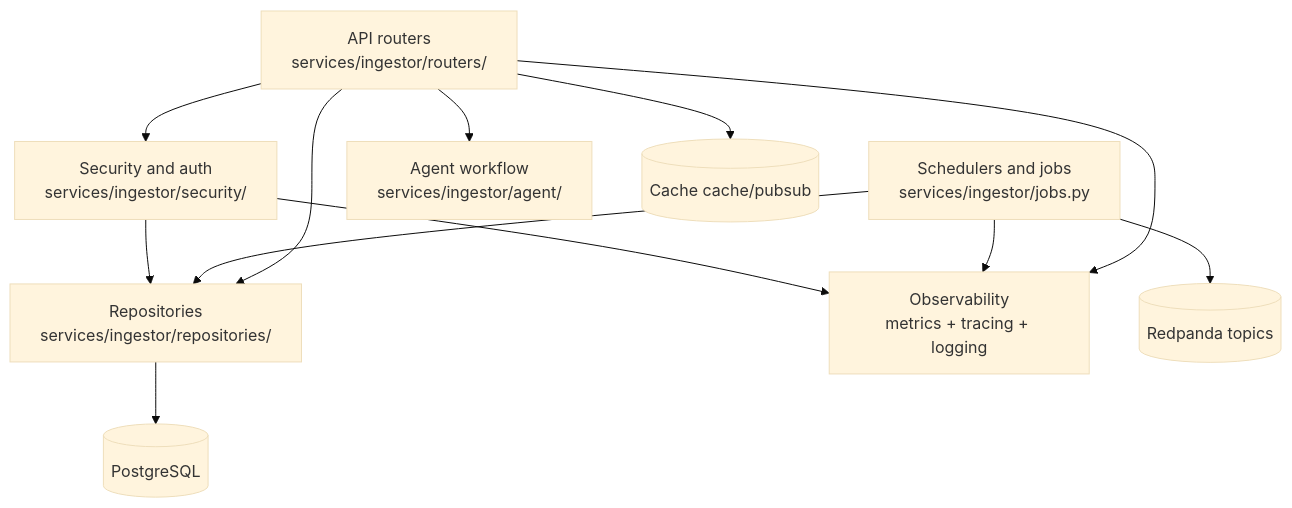
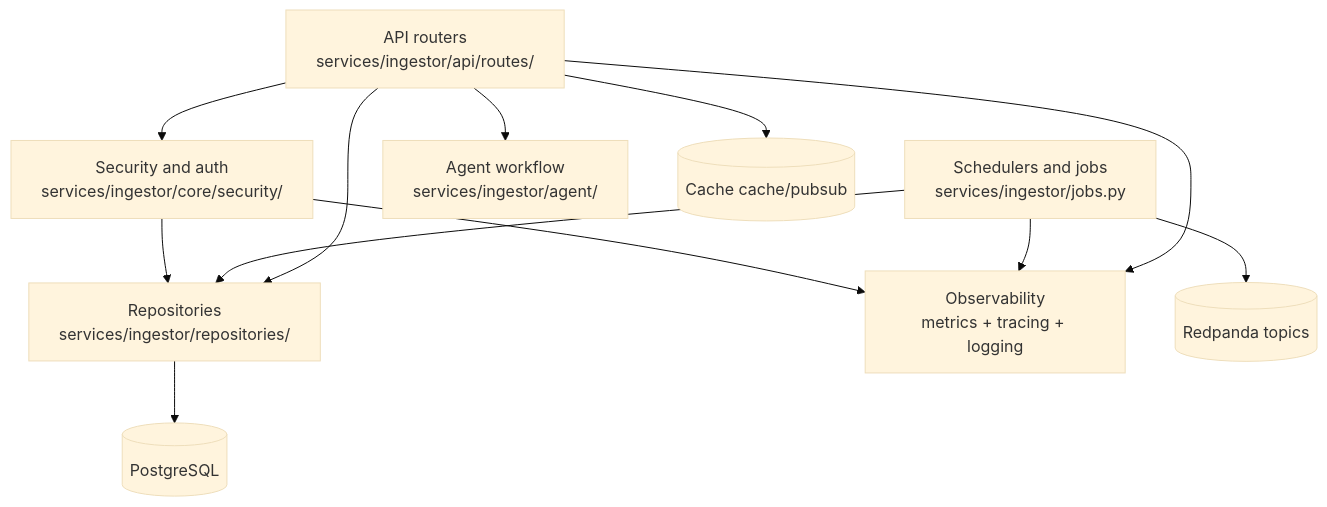
Before and after one commit to ivanprytula/api-observatory: the eighth of 8 diagrams in docs/_archive/02-architecture/architecture.md, drawn with Mermaid (base theme). The commit also changed other lines of this file and 40 other files, not shown here.

First line of the commit message:
refactor(ingestor): move routers/ into api/routes/

````diff
--- a/docs/_archive/02-architecture/architecture.md
+++ b/docs/_archive/02-architecture/architecture.md
@@ -1349,20 +1349,20 @@
 ```mermaid
 flowchart TB
-    Router["API routers\nservices/ingestor/routers/"]
-    Security["Security and auth\nservices/ingestor/security/"]
+    Router["API routers\nservices/ingestor/api/routes/"]
+    Security["Security and auth\nservices/ingestor/core/security/"]
     Jobs["Schedulers and jobs\nservices/ingestor/jobs.py"]
     Repos["Repositories\nservices/ingestor/repositories/"]
     Obs["Observability\nmetrics + tracing + logging"]
     Agent["Agent workflow\nservices/ingestor/agent/"]
     Router --> Security
     Router --> Repos
     Router --> Agent
     Jobs --> Repos
     Security --> Repos
     Repos --> DB[("PostgreSQL")]
     Router --> Cache[("Cache cache/pubsub")]
     Jobs --> Bus[("Redpanda topics")]
     Router --> Obs
     Jobs --> Obs
     Security --> Obs
 ```
````
